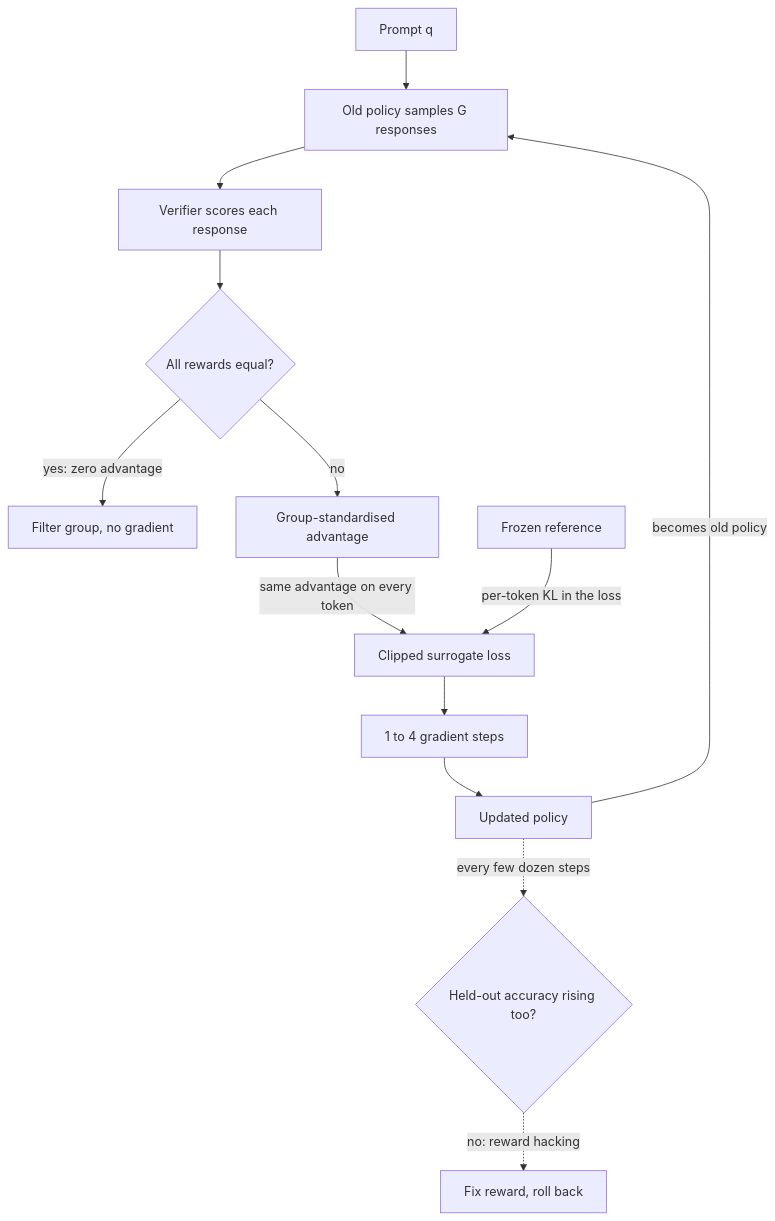
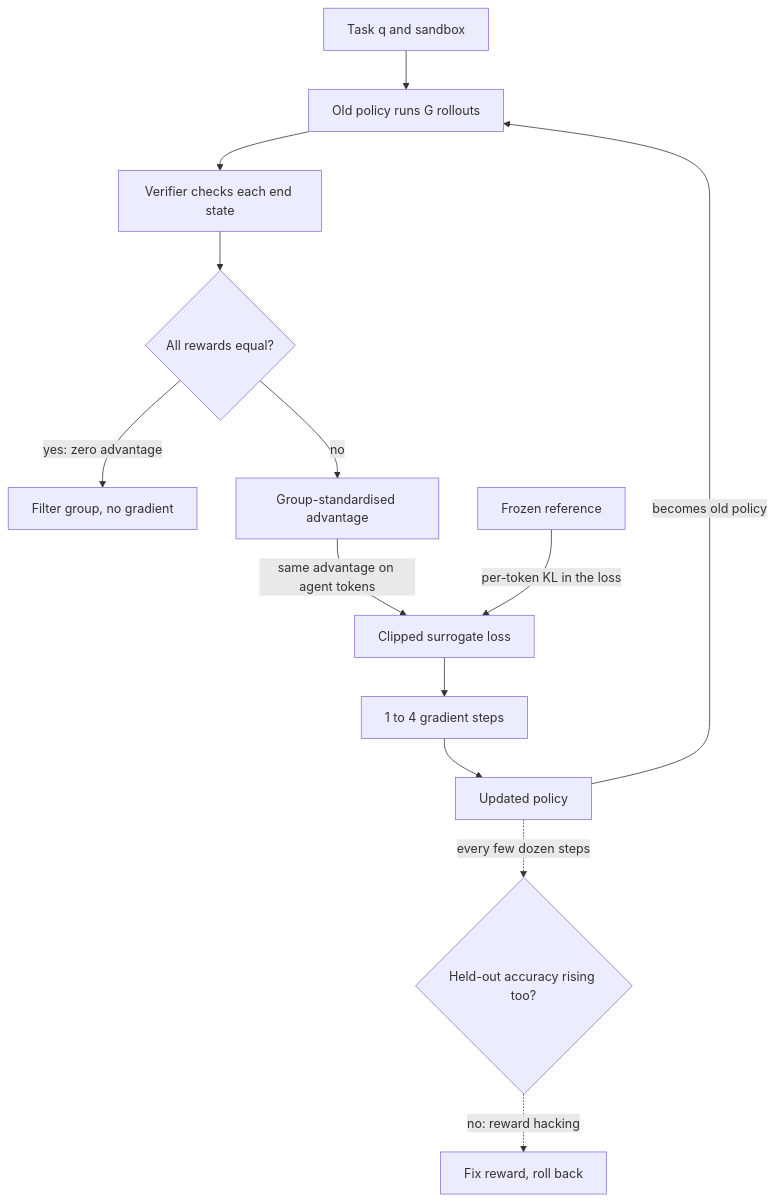
Before and after one commit to lovishmahajan97/agentic-learning: the diagram in content/training-adaptation/grpo.md, drawn with Mermaid. The commit also changed other lines of this file and 266 other files, not shown here.

````diff
--- a/content/training-adaptation/grpo.md
+++ b/content/training-adaptation/grpo.md
@@ -129,15 +149,15 @@
 ```mermaid
 flowchart TD
-    Q["Prompt q"] --> OLD["Old policy samples G responses"]
-    OLD --> VR["Verifier scores each response"]
+    Q["Task q and sandbox"] --> OLD["Old policy runs G rollouts"]
+    OLD --> VR["Verifier checks each end state"]
     VR --> Z{"All rewards equal?"}
     Z -->|"yes: zero advantage"| DROP["Filter group, no gradient"]
     Z -->|"no"| ADV["Group-standardised advantage"]
-    ADV -->|"same advantage on every token"| CL["Clipped surrogate loss"]
+    ADV -->|"same advantage on agent tokens"| CL["Clipped surrogate loss"]
     REF["Frozen reference"] -->|"per-token KL in the loss"| CL
     CL --> UP["1 to 4 gradient steps"]
     UP --> NEW["Updated policy"]
     NEW -->|"becomes old policy"| OLD
     NEW -.->|"every few dozen steps"| HO{"Held-out accuracy rising too?"}
     HO -.->|"no: reward hacking"| RW["Fix reward, roll back"]
 ```
````
